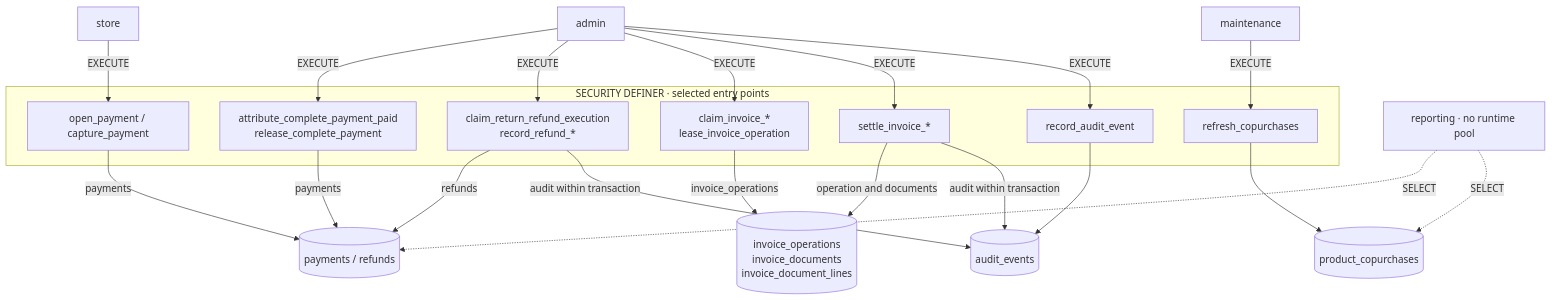
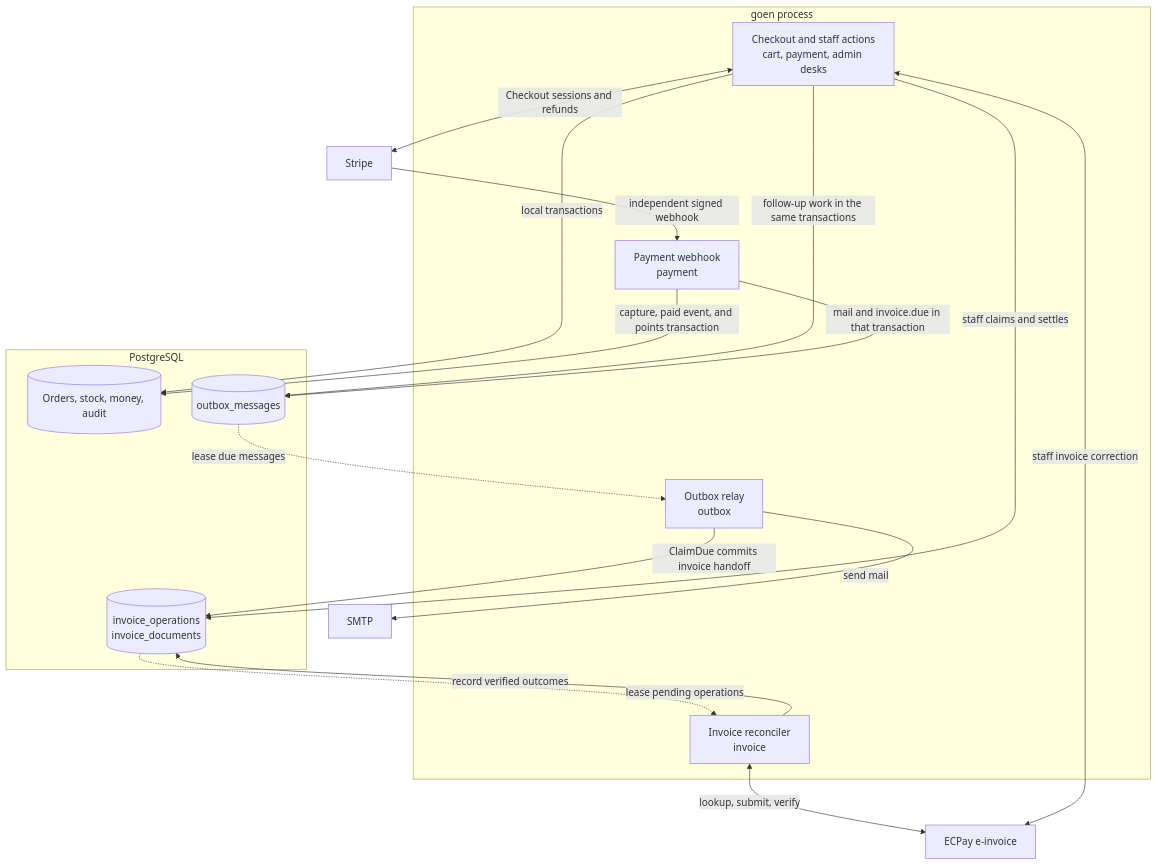
One commit to Koopa0/goen changed the second of 8 diagrams in ARCHITECTURE.md. Above: the diagram before and after it, drawn with Mermaid. The commit also changed other lines of this file, not shown here.

First line of the commit message:
docs: rewrite ARCHITECTURE.md (#1085)

````diff
--- a/ARCHITECTURE.md
+++ b/ARCHITECTURE.md
@@ -255,23 +51,28 @@
 ```mermaid
 flowchart TB
-    subgraph doors["SECURITY DEFINER · selected entry points"]
-        pay["open_payment / capture_payment"]
-        recover["attribute_complete_payment_paid<br/>release_complete_payment"]
-        refund["claim_return_refund_execution<br/>record_refund_*"]
-        claim["claim_invoice_*<br/>lease_invoice_operation"]
-        settle["settle_invoice_*"]
-        audit["record_audit_event"]
-        refresh["refresh_copurchases"]
+    subgraph goen["goen process"]
+        commands["Checkout and staff actions<br/>cart, payment, admin desks"]
+        webhook["Payment webhook<br/>payment"]
+        relay["Outbox relay<br/>outbox"]
+        reconciler["Invoice reconciler<br/>invoice"]
     end
-    store["store"] -->|EXECUTE| pay -->|payments| financial[("payments / refunds")]
-    admin["admin"] -->|EXECUTE| recover -->|payments| financial
-    admin -->|EXECUTE| refund -->|refunds| financial
-    admin -->|EXECUTE| claim -->|invoice_operations| tax[("invoice_operations<br/>invoice_documents<br/>invoice_document_lines")]
-    admin -->|EXECUTE| settle -->|operation and documents| tax
-    admin -->|EXECUTE| audit --> events[("audit_events")]
-    refund -->|audit within transaction| events
-    settle -->|audit within transaction| events
-    maintenance["maintenance"] -->|EXECUTE| refresh --> pairs[("product_copurchases")]
-    reporting["reporting · no runtime pool"] -.->|SELECT| financial
-    reporting -.->|SELECT| pairs
+    subgraph postgres["PostgreSQL"]
+        records[("Orders, stock, money, audit")]
+        messages[("outbox_messages")]
+        operations[("invoice_operations<br/>invoice_documents")]
+    end
+    commands -->|local transactions| records
+    commands -->|follow-up work in the same transactions| messages
+    commands <-->|Checkout sessions and refunds| stripe["Stripe"]
+    stripe -->|independent signed webhook| webhook
+    webhook -->|capture, paid event, and points transaction| records
+    webhook -->|mail and invoice.due in that transaction| messages
+    messages -.->|lease due messages| relay
+    relay -->|send mail| smtp["SMTP"]
+    relay -->|ClaimDue commits invoice handoff| operations
+    operations -.->|lease pending operations| reconciler
+    reconciler <-->|lookup, submit, verify| ecpay["ECPay e-invoice"]
+    reconciler -->|record verified outcomes| operations
+    commands -->|staff claims and settles| operations
+    commands <-->|staff invoice correction| ecpay
 ```
````
